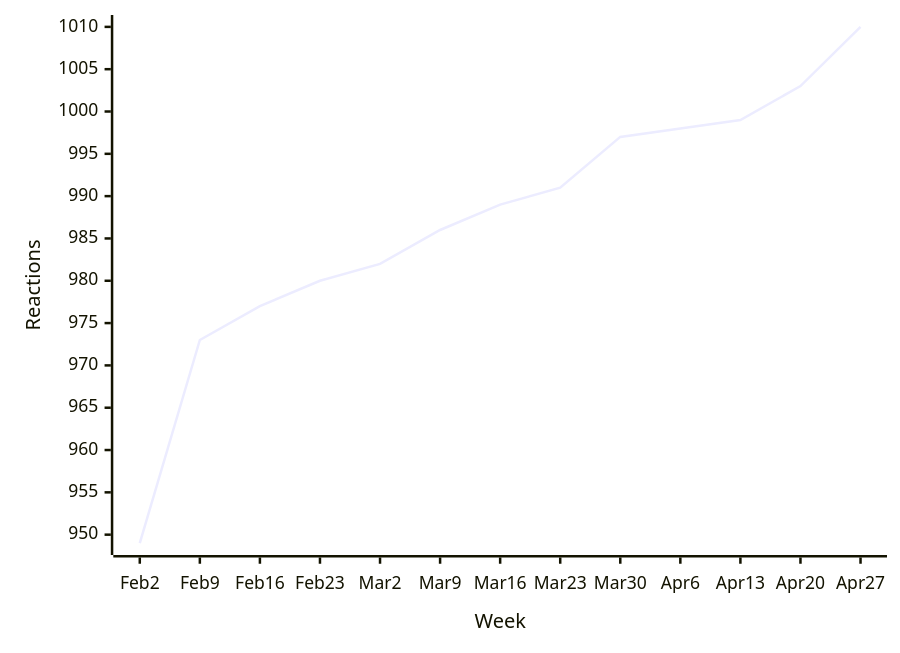
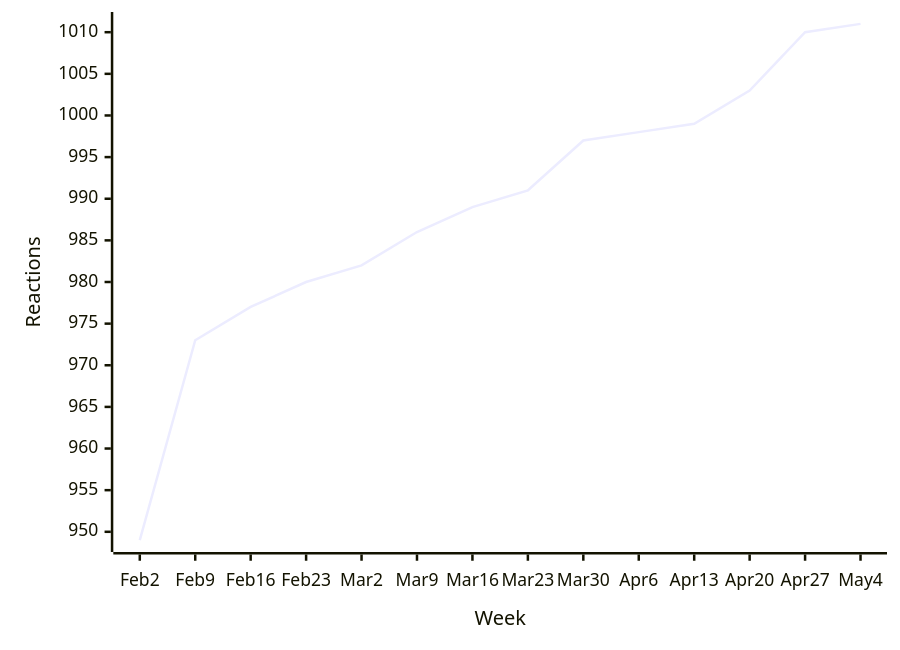
The first of 56 diagrams in README.md (loic-sharma/github-insights), drawn with Mermaid before and after one commit. The commit also changed other lines of this file and 3 other files, not shown here.

````diff
--- a/README.md
+++ b/README.md
@@ -339,6 +339,6 @@
   ```mermaid
   xychart-beta
-    x-axis "Week" [Feb 2, Feb 9, Feb 16, Feb 23, Mar 2, Mar 9, Mar 16, Mar 23, Mar 30, Apr 6, Apr 13, Apr 20, Apr 27]
+    x-axis "Week" [Feb 2, Feb 9, Feb 16, Feb 23, Mar 2, Mar 9, Mar 16, Mar 23, Mar 30, Apr 6, Apr 13, Apr 20, Apr 27, May 4]
     y-axis "Reactions"
-    line [949, 973, 977, 980, 982, 986, 989, 991, 997, 998, 999, 1003, 1010]
+    line [949, 973, 977, 980, 982, 986, 989, 991, 997, 998, 999, 1003, 1010, 1011]
   ```
````
